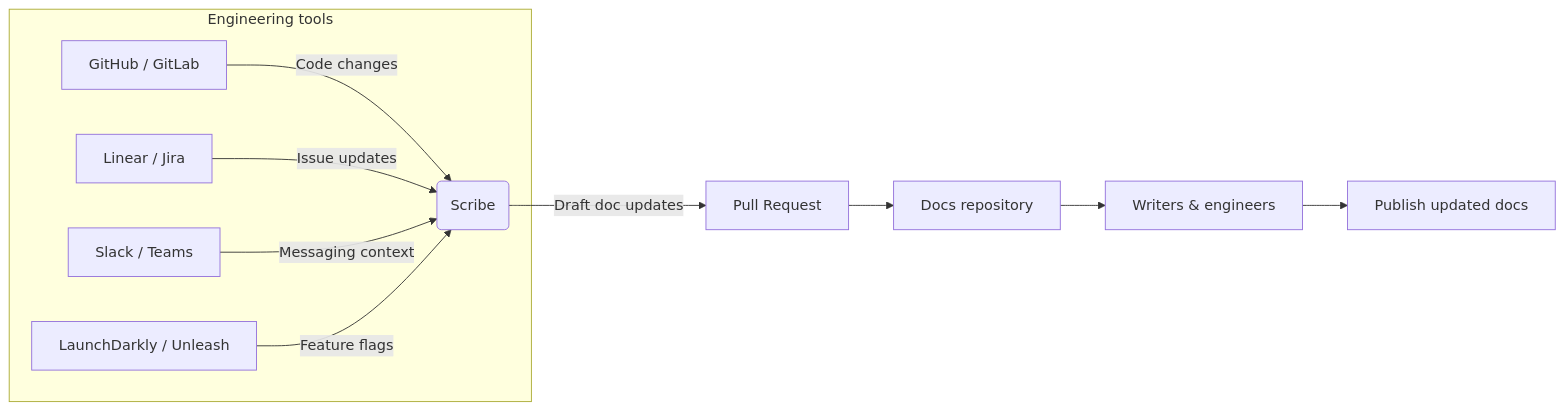
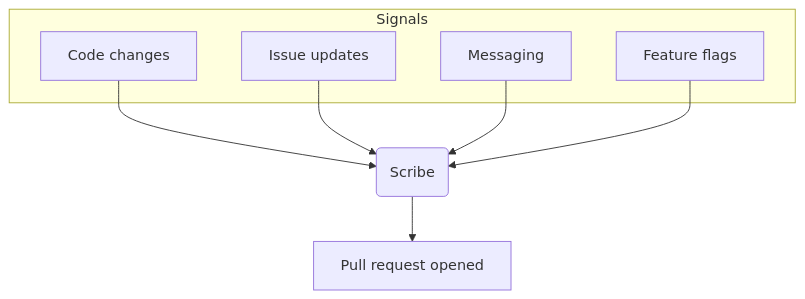
One commit to fern-api/docs changed the diagram in fern/products/docs/pages/ai/scribe.mdx. Above: the diagram before and after it, drawn with Mermaid. The commit also changed other lines of this file, not shown here.

First line of the commit message:
refactor: use more Fern components in Scribe docs

````diff
--- a/fern/products/docs/pages/ai/scribe.mdx
+++ b/fern/products/docs/pages/ai/scribe.mdx
@@ -24,14 +35,15 @@
 ```mermaid
-flowchart LR
-    subgraph DevTools["Engineering tools"]
-        A[GitHub / GitLab] -->|Code changes| S(Scribe)
-        B[Linear / Jira] -->|Issue updates| S
-        C[Slack / Teams] -->|Messaging context| S
-        D[LaunchDarkly / Unleash] -->|Feature flags| S
+flowchart TB
+    subgraph Signals
+        A[Code changes]
+        B[Issue updates]
+        C[Messaging]
+        D[Feature flags]
     end
 
-    S -->|Draft doc updates| PR[Pull Request]
-    PR --> Repo[Docs repository]
-    Repo --> Reviewers[Writers & engineers]
-    Reviewers --> Merge[Publish updated docs]
+    A --> S(Scribe)
+    B --> S
+    C --> S
+    D --> S
+    S --> PR[Pull request opened]
 ```
````
